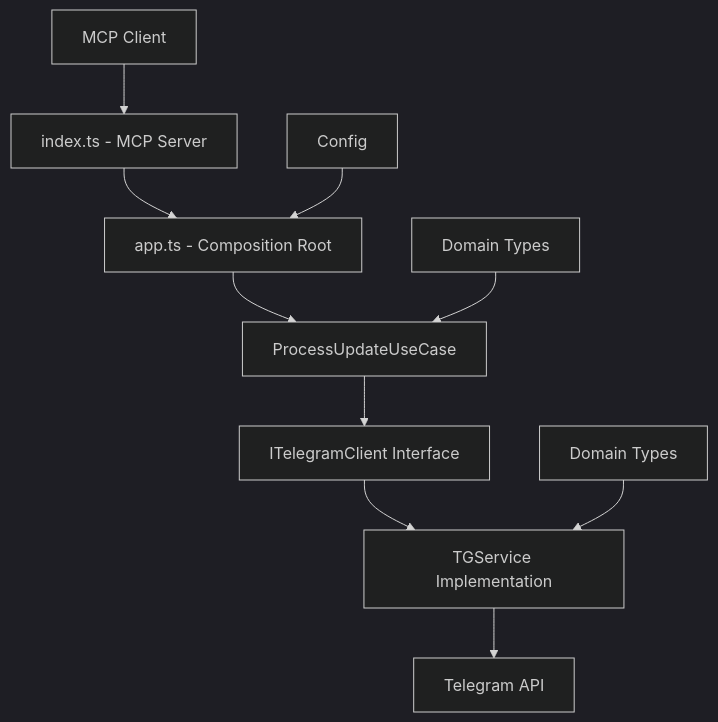
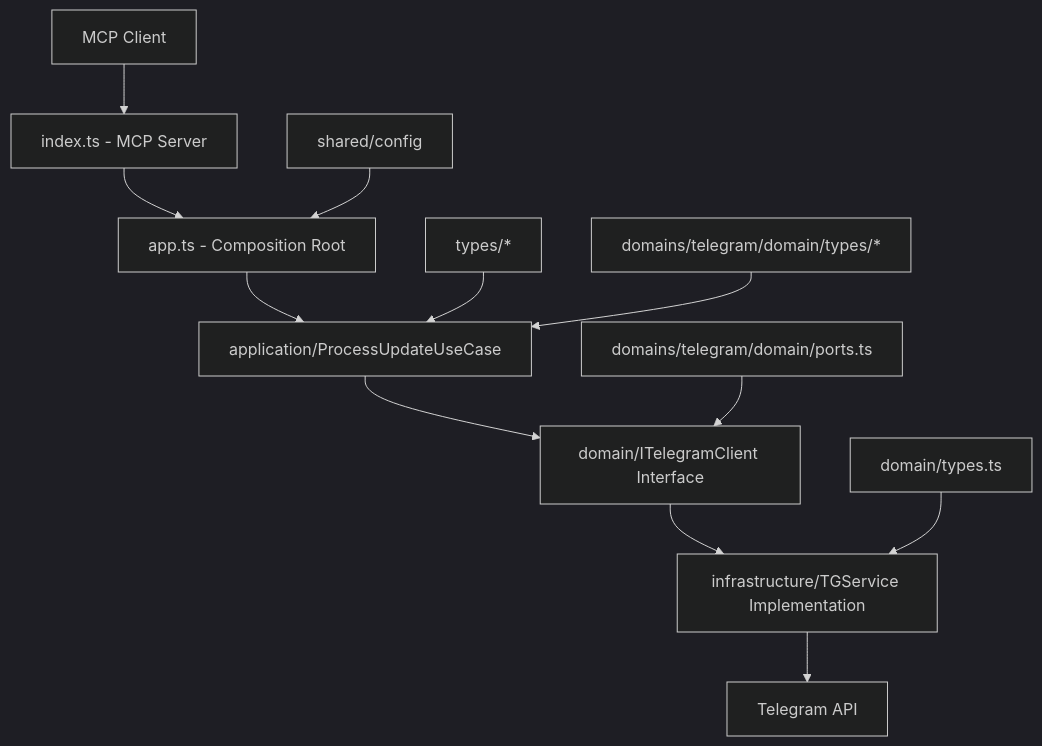
The diagram in ARCHITECTURE.md (Bigchef-dev/telegram-mcp-server), drawn with Mermaid (dark theme) before and after one commit. The commit also changed other lines of this file and 28 other files, not shown here.

````diff
--- a/ARCHITECTURE.md
+++ b/ARCHITECTURE.md
@@ -92,13 +119,15 @@
 ```mermaid
 graph TD
     A[MCP Client] --> B[index.ts - MCP Server]
     B --> C[app.ts - Composition Root]
-    C --> D[ProcessUpdateUseCase]
-    D --> E[ITelegramClient Interface]
-    E --> F[TGService Implementation]
+    C --> D[application/ProcessUpdateUseCase]
+    D --> E[domain/ITelegramClient Interface]
+    E --> F[infrastructure/TGService Implementation]
     F --> G[Telegram API]
     
-    H[Config] --> C
-    I[Domain Types] --> D
-    J[Domain Types] --> F
+    H[shared/config] --> C
+    I[types/*] --> D
+    J[domains/telegram/domain/types/*] --> D
+    K[domain/types.ts] --> F
+    L[domains/telegram/domain/ports.ts] --> E
 ```
````
